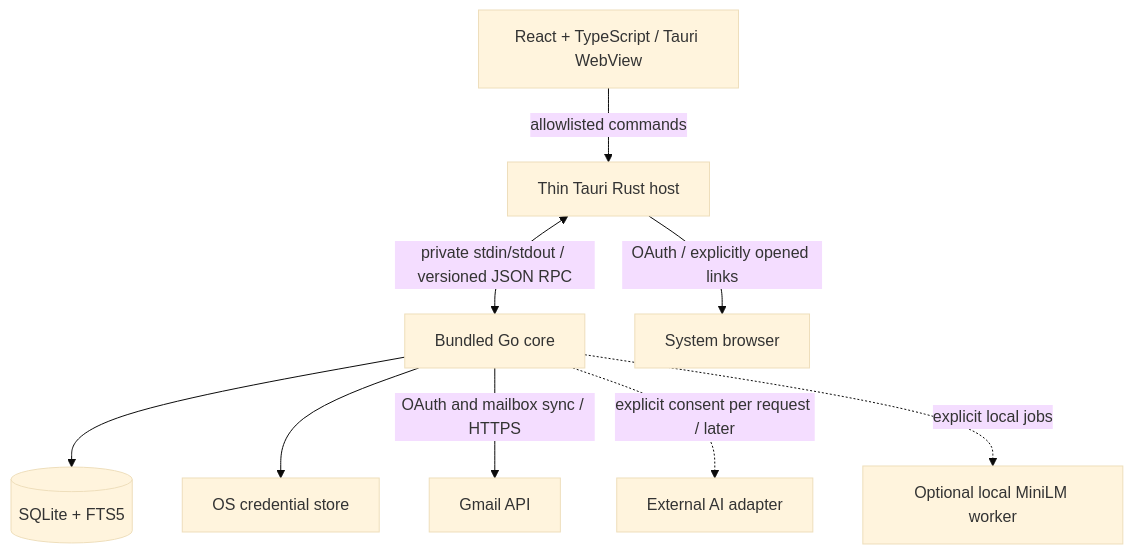
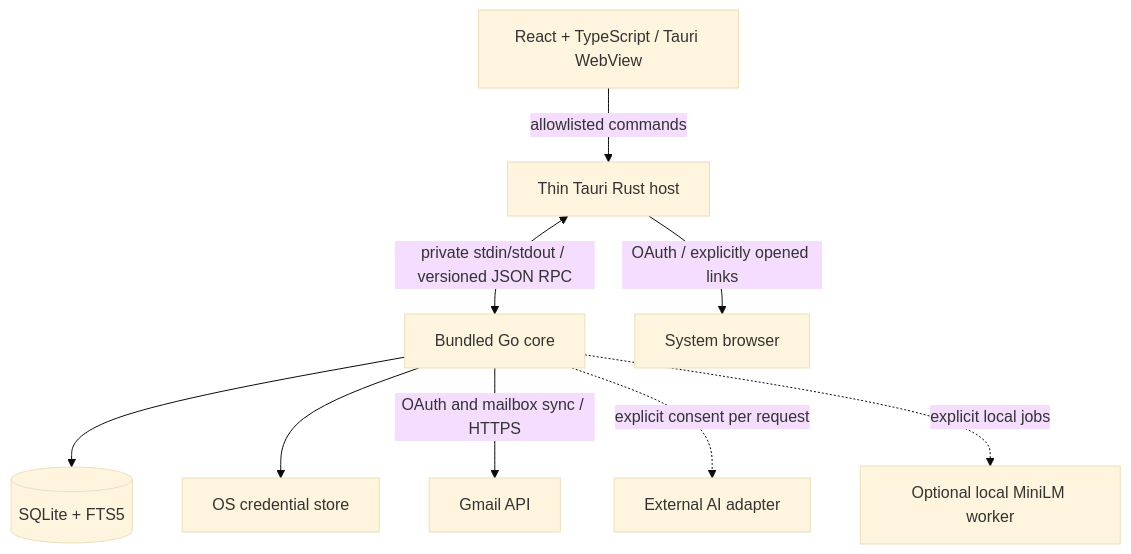
Before and after one commit to augahmed/MailPilot: the diagram in docs/ARCHITECTURE.md, drawn with Mermaid (base theme). The commit also changed other lines of this file and 37 other files, not shown here.

````diff
--- a/docs/ARCHITECTURE.md
+++ b/docs/ARCHITECTURE.md
@@ -34,11 +34,11 @@
 ```mermaid
 flowchart TB
   UI[React + TypeScript / Tauri WebView] -->|allowlisted commands| Shell[Thin Tauri Rust host]
   Shell <-->|private stdin/stdout / versioned JSON RPC| Core[Bundled Go core]
   Core --> DB[(SQLite + FTS5)]
   Core --> Keys[OS credential store]
   Core -->|OAuth and mailbox sync / HTTPS| Gmail[Gmail API]
-  Core -. explicit consent per request / later .-> AI[External AI adapter]
+  Core -. explicit consent per request .-> AI[External AI adapter]
   Core -. explicit local jobs .-> Vector[Optional local MiniLM worker]
   Shell -->|OAuth / explicitly opened links| Browser[System browser]
 ```
````
